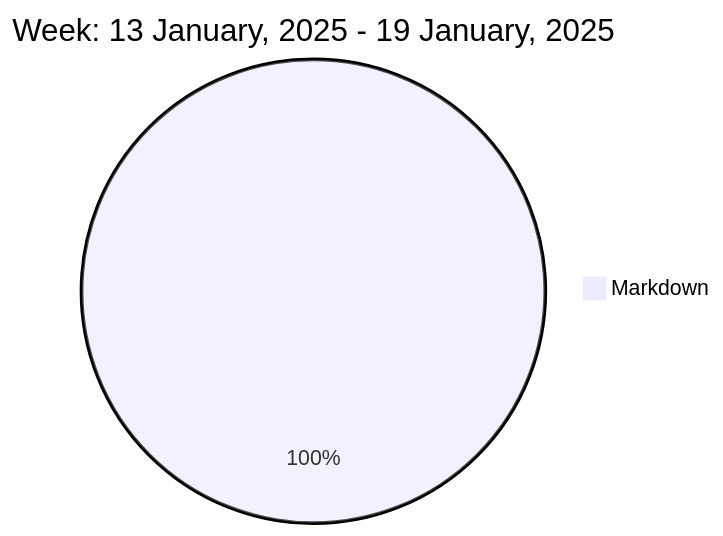
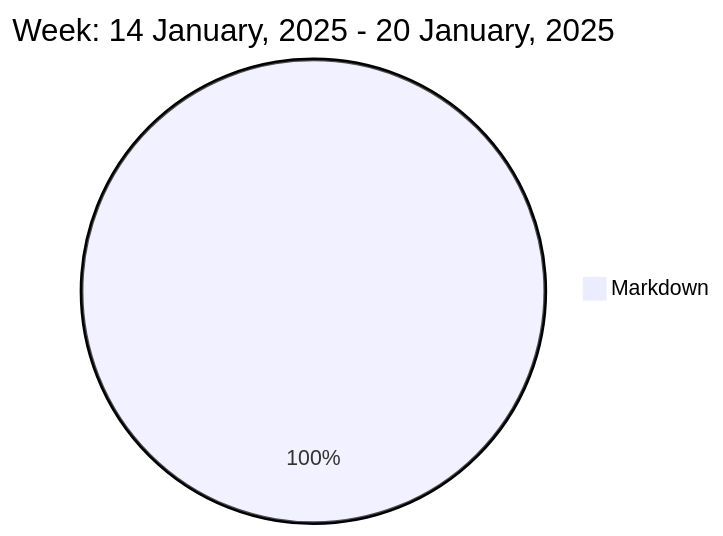
Before and after one commit to liubin95/liubin95: the diagram in README.md, drawn with Mermaid.

Commit message:
Updated the Graph with new Metrics

````diff
--- a/README.md
+++ b/README.md
@@ -37,5 +37,5 @@
 ```mermaid
  pie
-title Week: 13 January, 2025 - 19 January, 2025
- "Markdown" : 2.72
+title Week: 14 January, 2025 - 20 January, 2025
+ "Markdown" : 2.13
 ```
````
